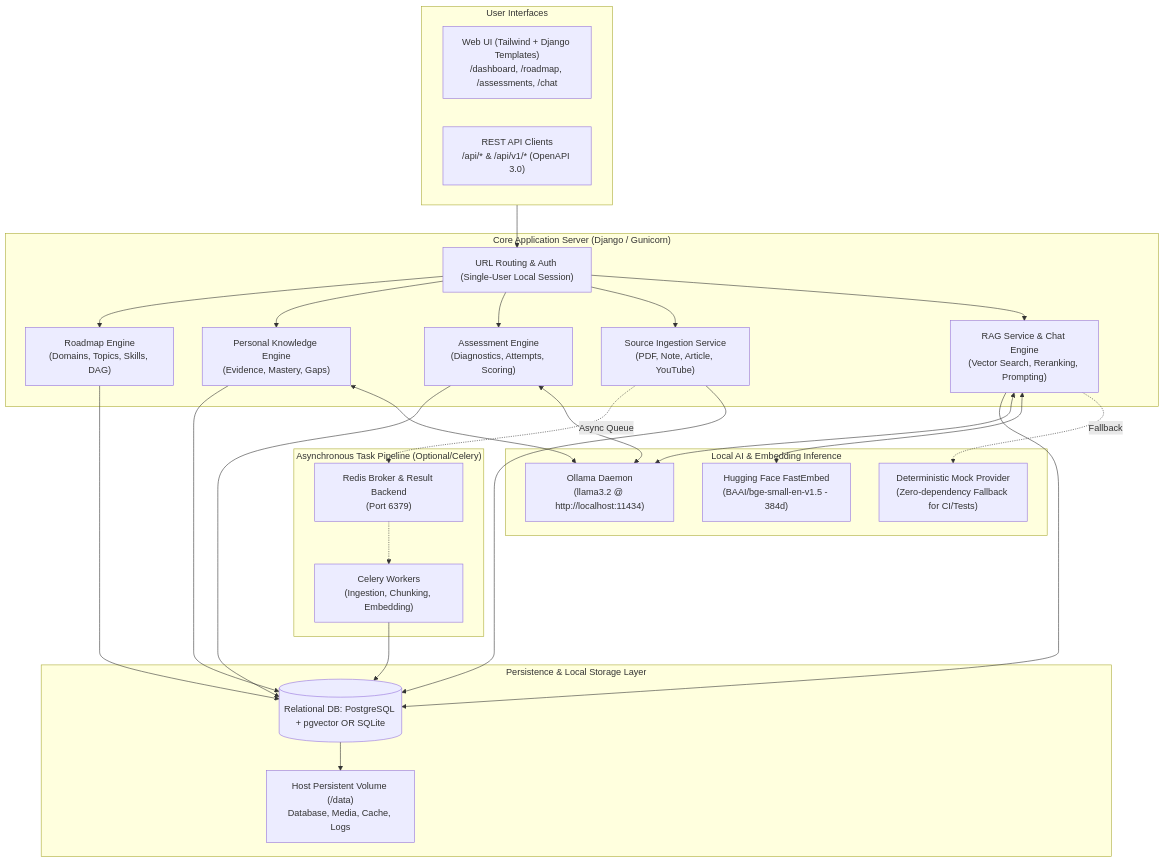
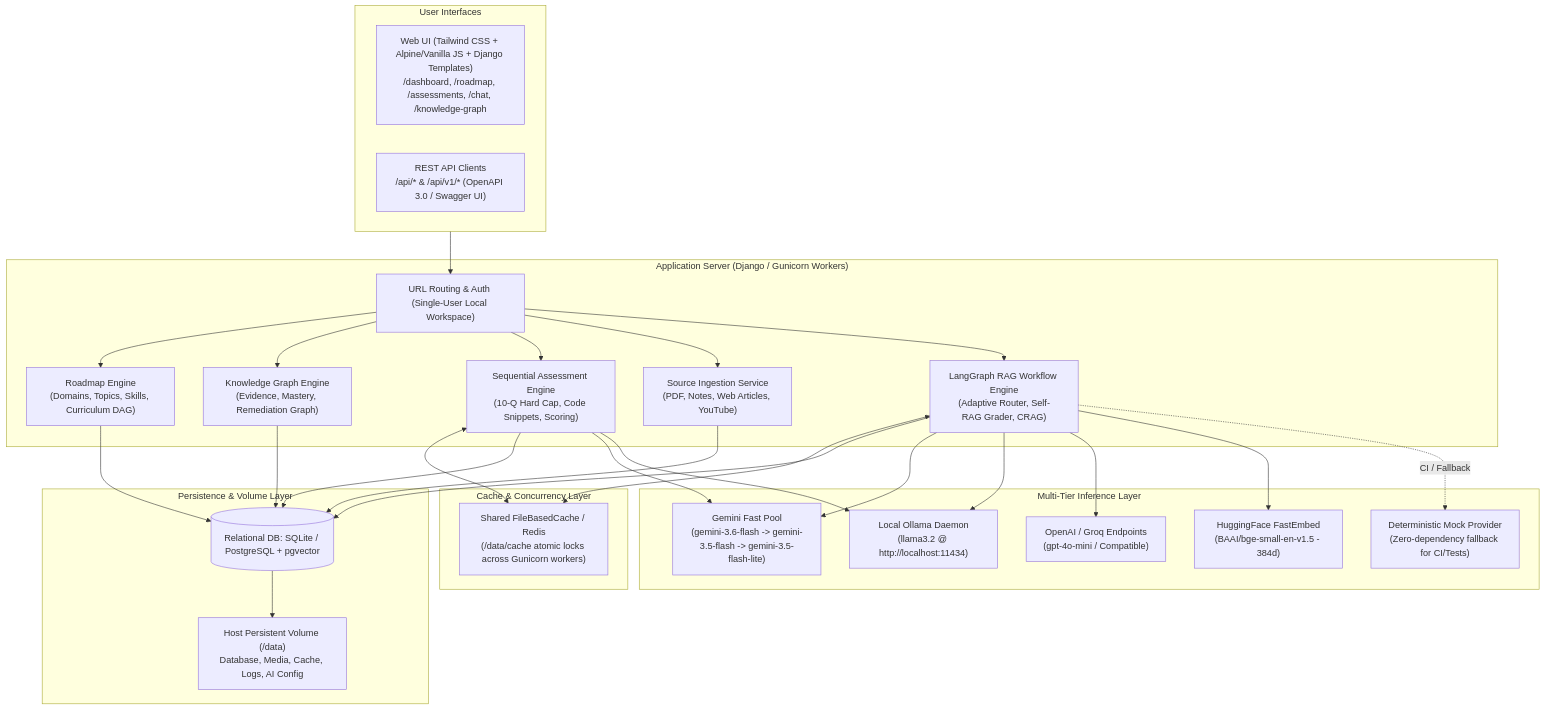
The first of 4 diagrams in README.md (Nitins715/Brofessor), drawn with Mermaid before and after one commit. The commit also changed other lines of this file and 5 other files, not shown here.

Commit message:
docs: add application showcase screenshots and update architecture in README

````diff
--- a/README.md
+++ b/README.md
@@ -49,56 +106,58 @@
 ```mermaid
 flowchart TD
     subgraph UI["User Interfaces"]
-        WebUI["Web UI (Tailwind + Django Templates)\n/dashboard, /roadmap, /assessments, /chat"]
-        REST["REST API Clients\n/api/* & /api/v1/* (OpenAPI 3.0)"]
+        WebUI["Web UI (Tailwind CSS + Alpine/Vanilla JS + Django Templates)\n/dashboard, /roadmap, /assessments, /chat, /knowledge-graph"]
+        REST["REST API Clients\n/api/* & /api/v1/* (OpenAPI 3.0 / Swagger UI)"]
     end
 
-    subgraph Core["Core Application Server (Django / Gunicorn)"]
-        Router["URL Routing & Auth (Single-User Local Session)"]
-        RoadmapApp["Roadmap Engine\n(Domains, Topics, Skills, DAG)"]
-        KnowledgeApp["Personal Knowledge Engine\n(Evidence, Mastery, Gaps)"]
-        AssessmentApp["Assessment Engine\n(Diagnostics, Attempts, Scoring)"]
-        SourcesApp["Source Ingestion Service\n(PDF, Note, Article, YouTube)"]
-        RAGApp["RAG Service & Chat Engine\n(Vector Search, Reranking, Prompting)"]
+    subgraph Core["Application Server (Django / Gunicorn Workers)"]
+        Router["URL Routing & Auth (Single-User Local Workspace)"]
+        RoadmapApp["Roadmap Engine\n(Domains, Topics, Skills, Curriculum DAG)"]
+        KnowledgeApp["Knowledge Graph Engine\n(Evidence, Mastery, Remediation Graph)"]
+        AssessmentApp["Sequential Assessment Engine\n(10-Q Hard Cap, Code Snippets, Scoring)"]
+        SourcesApp["Source Ingestion Service\n(PDF, Notes, Web Articles, YouTube)"]
+        RAGApp["LangGraph RAG Workflow Engine\n(Adaptive Router, Self-RAG Grader, CRAG)"]
     end
 
-    subgraph Async["Asynchronous Task Pipeline (Optional/Celery)"]
-        Redis["Redis Broker & Result Backend\n(Port 6379)"]
-        Workers["Celery Workers\n(Ingestion, Chunking, Embedding)"]
+    subgraph Caching["Cache & Concurrency Layer"]
+        SharedCache["Shared FileBasedCache / Redis\n(/data/cache atomic locks across Gunicorn workers)"]
     end
 
-    subgraph Storage["Persistence & Local Storage Layer"]
-        DB[(Relational DB: PostgreSQL + pgvector OR SQLite)]
-        DiskStore["Host Persistent Volume (/data)\nDatabase, Media, Cache, Logs"]
+    subgraph Storage["Persistence & Volume Layer"]
+        DB[(Relational DB: SQLite / PostgreSQL + pgvector)]
+        DiskStore["Host Persistent Volume (/data)\nDatabase, Media, Cache, Logs, AI Config"]
     end
 
-    subgraph AI["Local AI & Embedding Inference"]
-        Ollama["Ollama Daemon\n(llama3.2 @ http://localhost:11434)"]
-        Embedder["Hugging Face FastEmbed\n(BAAI/bge-small-en-v1.5 - 384d)"]
-        MockAI["Deterministic Mock Provider\n(Zero-dependency Fallback for CI/Tests)"]
+    subgraph AI["Multi-Tier Inference Layer"]
+        GeminiPool["Gemini Fast Pool\n(gemini-3.6-flash -> gemini-3.5-flash -> gemini-3.5-flash-lite)"]
+        OllamaLocal["Local Ollama Daemon\n(llama3.2 @ http://localhost:11434)"]
+        OpenAICloud["OpenAI / Groq Endpoints\n(gpt-4o-mini / Compatible)"]
+        FastEmbed["HuggingFace FastEmbed\n(BAAI/bge-small-en-v1.5 - 384d)"]
+        MockAI["Deterministic Mock Provider\n(Zero-dependency fallback for CI/Tests)"]
     end
 
     UI --> Router
     Router --> RoadmapApp
     Router --> KnowledgeApp
     Router --> AssessmentApp
     Router --> SourcesApp
     Router --> RAGApp
 
-    SourcesApp -.->|Async Queue| Redis
-    Redis -.-> Workers
-    Workers --> DB
+    RAGApp <--> SharedCache
+    AssessmentApp <--> SharedCache
 
     RoadmapApp --> DB
     KnowledgeApp --> DB
     AssessmentApp --> DB
     SourcesApp --> DB
     RAGApp --> DB
     DB --> DiskStore
 
-    RAGApp <--> Ollama
-    RAGApp <--> Embedder
-    AssessmentApp <--> Ollama
-    KnowledgeApp <--> Ollama
-    RAGApp -.->|Fallback| MockAI
+    RAGApp --> GeminiPool
+    RAGApp --> OllamaLocal
+    RAGApp --> OpenAICloud
+    RAGApp --> FastEmbed
+    RAGApp -.->|CI / Fallback| MockAI
+    AssessmentApp --> GeminiPool
+    AssessmentApp --> OllamaLocal
 ```
````
